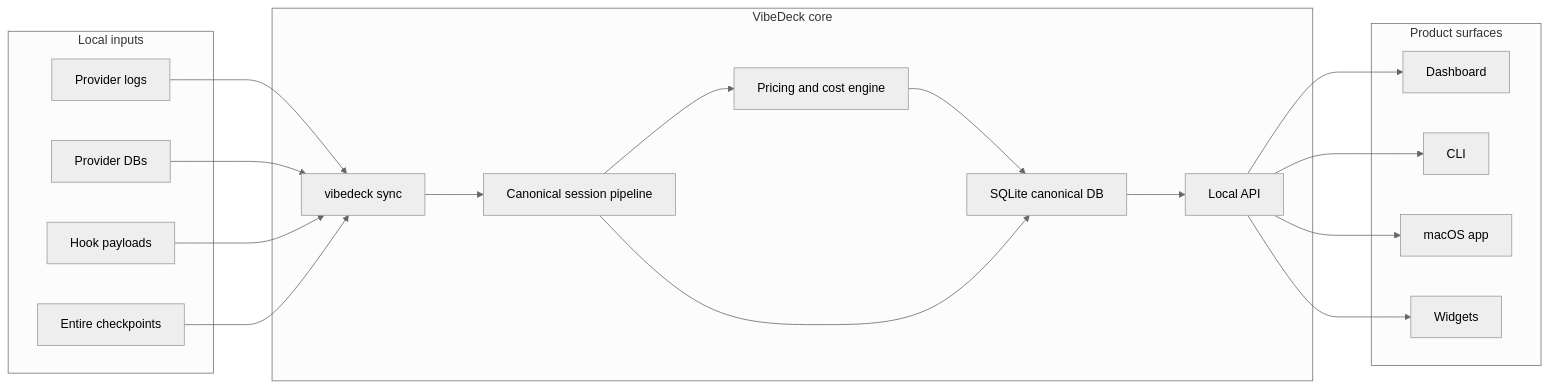
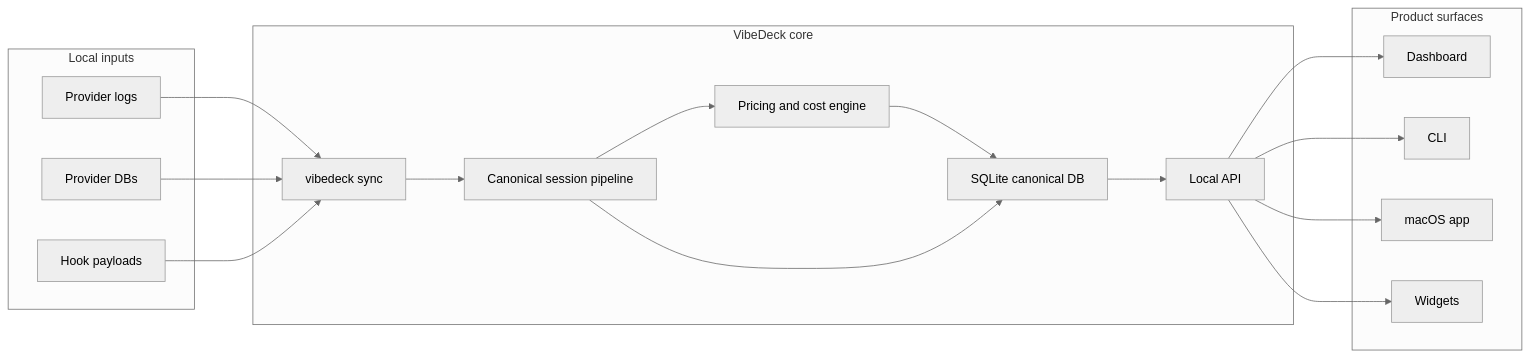
One commit to ivasuy/VibeDeck changed the first of 11 diagrams in docs/ARCHITECTURE.md. Above: the diagram before and after it, drawn with Mermaid (neutral theme). The commit also changed other lines of this file and 50 other files, not shown here.

````diff
--- a/docs/ARCHITECTURE.md
+++ b/docs/ARCHITECTURE.md
@@ -14,39 +14,37 @@
 ```mermaid
 %%{init: {"flowchart": {"nodeSpacing": 52, "rankSpacing": 76, "curve": "basis"}} }%%
 flowchart LR
   subgraph Inputs["Local inputs"]
     ProviderLogs["Provider logs"]
     ProviderDBs["Provider DBs"]
     Hooks["Hook payloads"]
-    Entire["Entire checkpoints"]
   end
 
   subgraph Core["VibeDeck core"]
     Sync["vibedeck sync"]
     Sessions["Canonical session pipeline"]
     Pricing["Pricing and cost engine"]
     SQLite["SQLite canonical DB"]
     API["Local API"]
   end
 
   subgraph Surfaces["Product surfaces"]
     Dashboard["Dashboard"]
     CLI["CLI"]
     Mac["macOS app"]
     Widget["Widgets"]
   end
 
   ProviderLogs --> Sync
   ProviderDBs --> Sync
   Hooks --> Sync
-  Entire --> Sync
   Sync --> Sessions
   Sessions --> Pricing
   Pricing --> SQLite
   Sessions --> SQLite
   SQLite --> API
   API --> Dashboard
   API --> CLI
   API --> Mac
   API --> Widget
 ```
````
